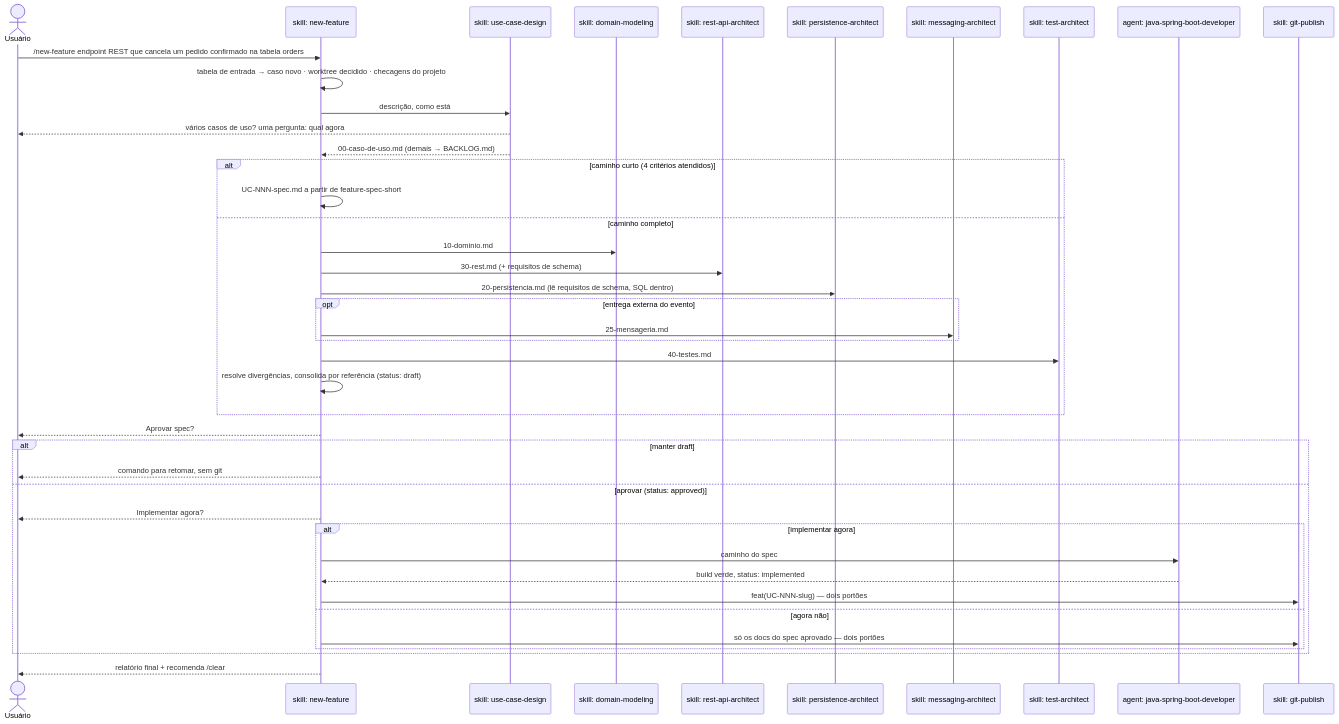
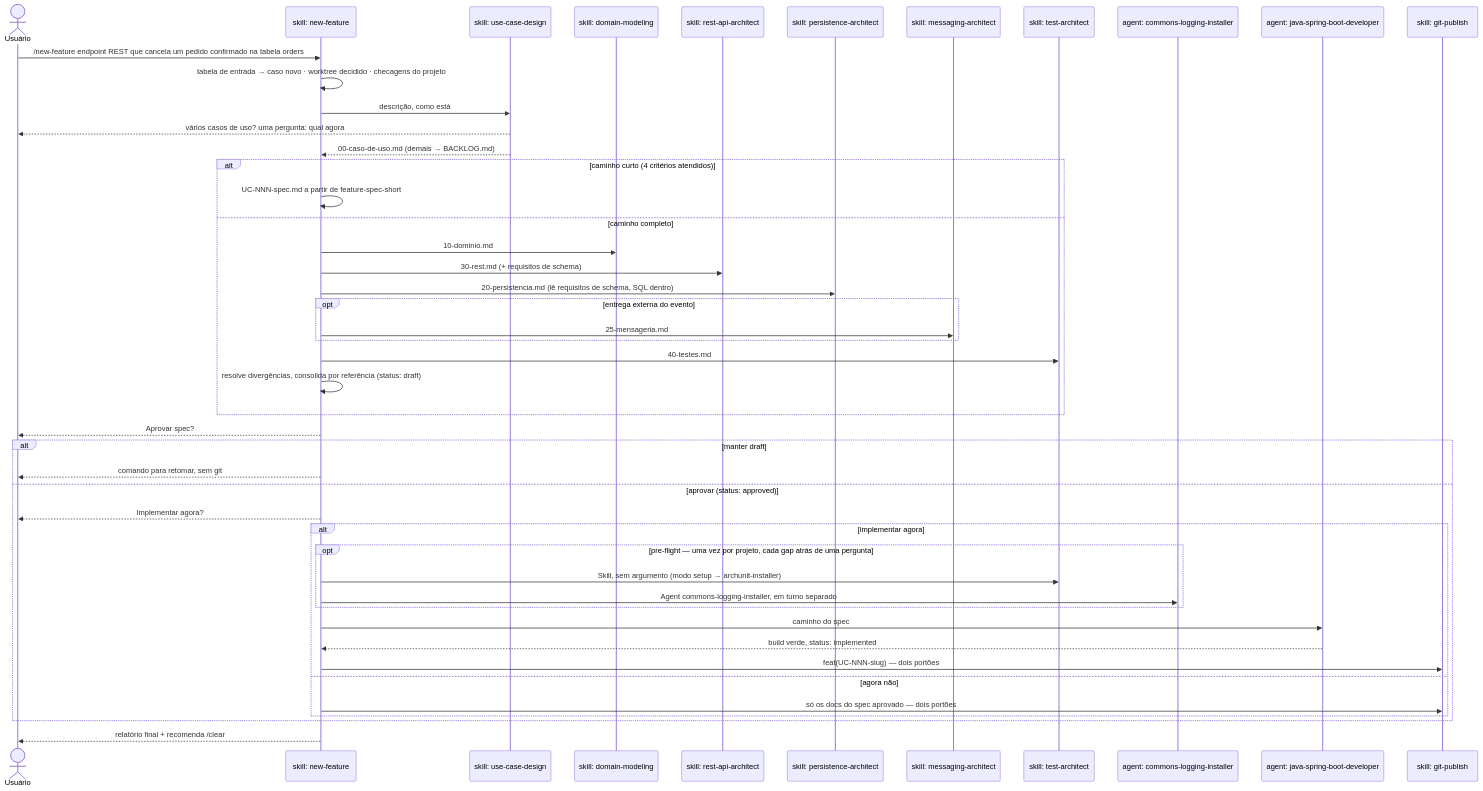
Before and after one commit to ice-lfernandes/claude-spring-architect: the diagram in docs/03-new-feature.md, drawn with Mermaid. The commit also changed other lines of this file and 20 other files, not shown here.

````diff
--- a/docs/03-new-feature.md
+++ b/docs/03-new-feature.md
@@ -51,45 +51,50 @@
 ```mermaid
 sequenceDiagram
     actor U as Usuário
     participant NF as skill: new-feature
     participant UC as skill: use-case-design
     participant DOM as skill: domain-modeling
     participant REST as skill: rest-api-architect
     participant PER as skill: persistence-architect
     participant MSG as skill: messaging-architect
     participant TST as skill: test-architect
+    participant LOG as agent: commons-logging-installer
     participant DEV as agent: java-spring-boot-developer
     participant GIT as skill: git-publish
 
     U->>NF: /new-feature endpoint REST que cancela um pedido confirmado na tabela orders
     NF->>NF: tabela de entrada → caso novo · worktree decidido · checagens do projeto
     NF->>UC: descrição, como está
     UC-->>U: vários casos de uso? uma pergunta: qual agora
     UC-->>NF: 00-caso-de-uso.md (demais → BACKLOG.md)
     alt caminho curto (4 critérios atendidos)
         NF->>NF: UC-NNN-spec.md a partir de feature-spec-short
     else caminho completo
         NF->>DOM: 10-dominio.md
         NF->>REST: 30-rest.md (+ requisitos de schema)
         NF->>PER: 20-persistencia.md (lê requisitos de schema, SQL dentro)
         opt entrega externa do evento
             NF->>MSG: 25-mensageria.md
         end
         NF->>TST: 40-testes.md
         NF->>NF: resolve divergências, consolida por referência (status: draft)
     end
     NF-->>U: Aprovar spec?
     alt manter draft
         NF-->>U: comando para retomar, sem git
     else aprovar (status: approved)
         NF-->>U: Implementar agora?
         alt implementar agora
+            opt pre-flight — uma vez por projeto, cada gap atrás de uma pergunta
+                NF->>TST: Skill, sem argumento (modo setup → archunit-installer)
+                NF->>LOG: Agent commons-logging-installer, em turno separado
+            end
             NF->>DEV: caminho do spec
             DEV-->>NF: build verde, status: implemented
             NF->>GIT: feat(UC-NNN-slug) — dois portões
         else agora não
             NF->>GIT: só os docs do spec aprovado — dois portões
         end
     end
     NF-->>U: relatório final + recomenda /clear
 ```
````
